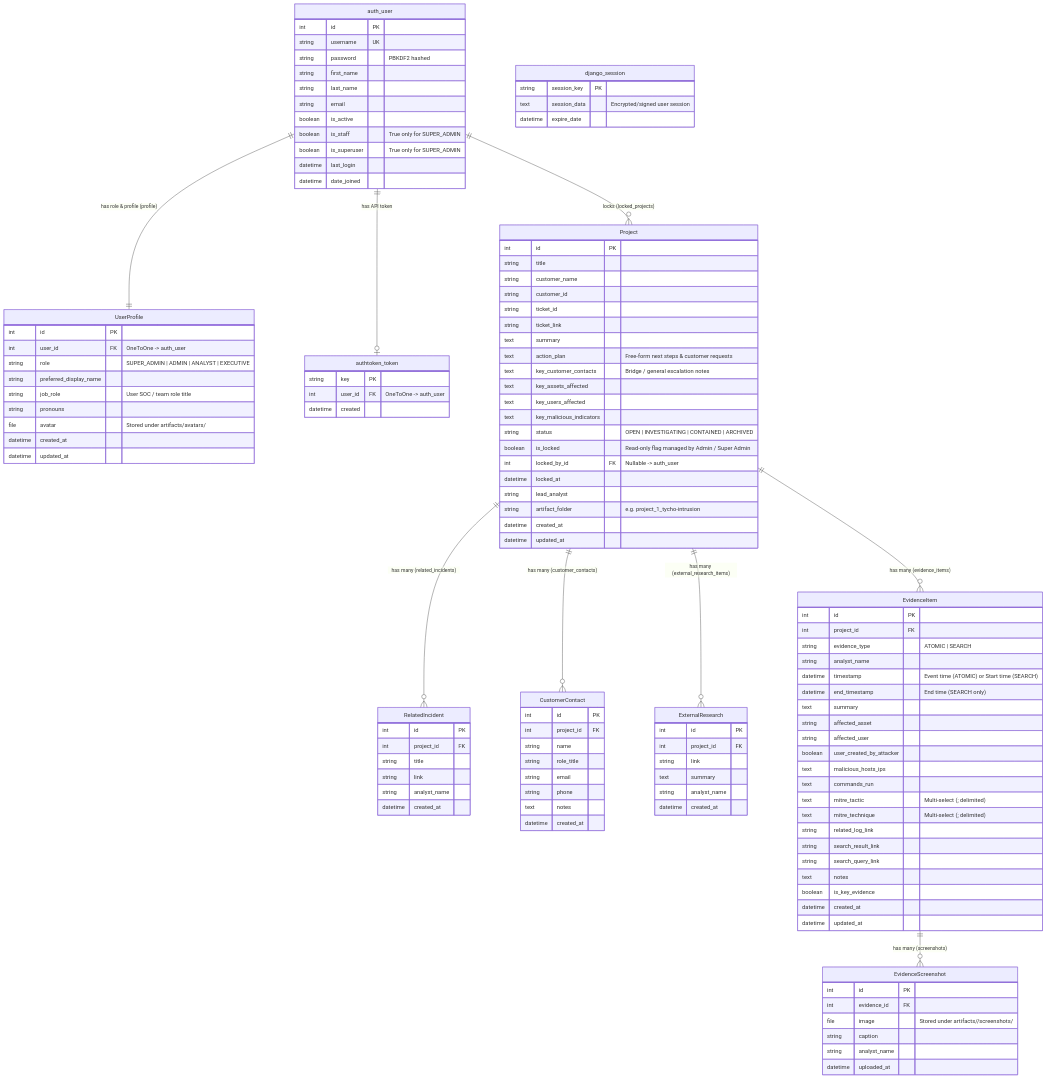
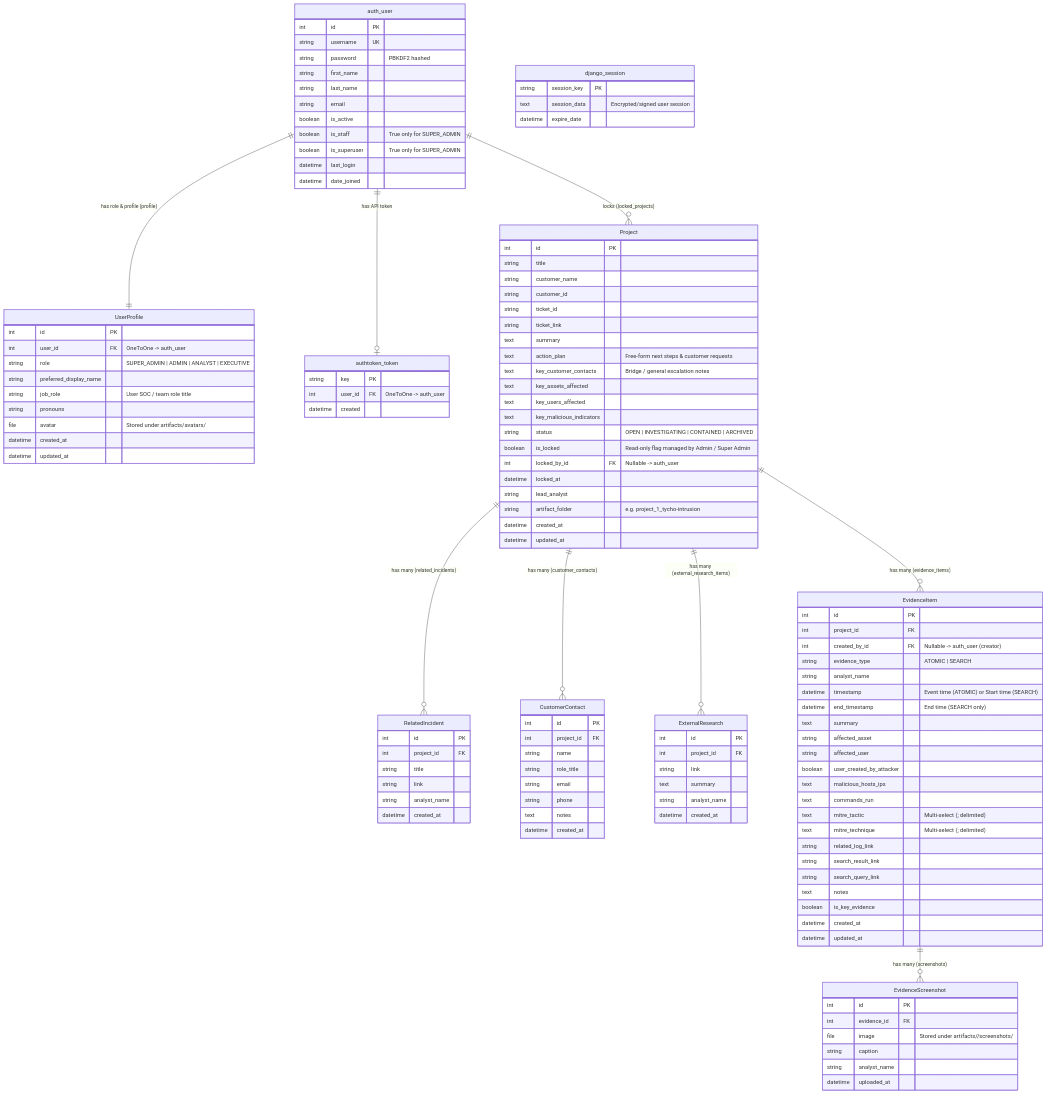
The diagram in README.md (aircooledcafe/incident-reporter), drawn with Mermaid before and after one commit. The commit also changed other lines of this file and 11 other files, not shown here.

```diff
--- a/README.md
+++ b/README.md
@@ -191,6 +192,7 @@
     EvidenceItem {
         int id PK
         int project_id FK
+        int created_by_id FK "Nullable -> auth_user (creator)"
         string evidence_type "ATOMIC | SEARCH"
         string analyst_name
         datetime timestamp "Event time (ATOMIC) or Start time (SEARCH)"
```
